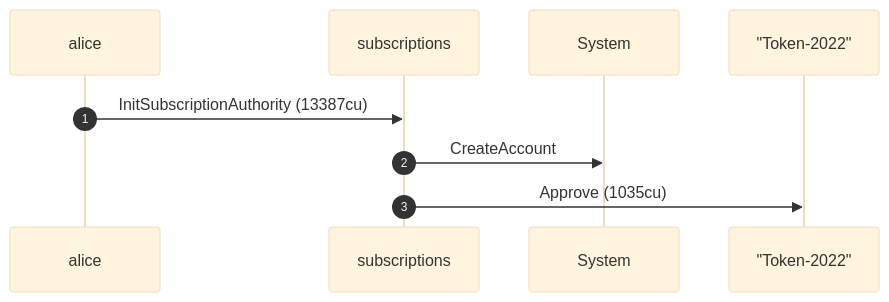
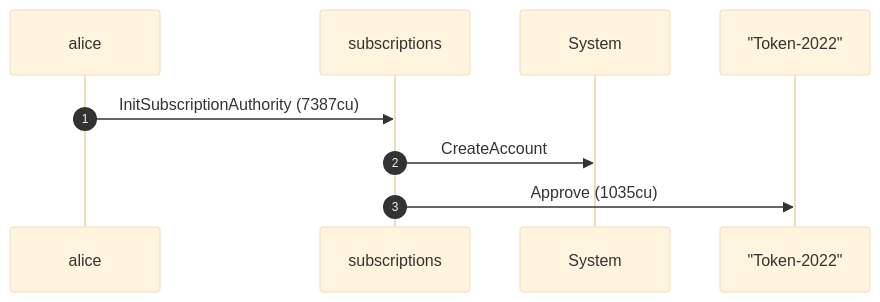
Before and after one commit to cds-rs/subscriptions: the first of 12 diagrams in dsl_tests/fixed-transfer-over-a-token-2022-confidential-transfer-mint.md, drawn with Mermaid (base theme). The commit also changed other lines of this file and 224 other files, not shown here.

````diff
--- a/dsl_tests/fixed-transfer-over-a-token-2022-confidential-transfer-mint.md
+++ b/dsl_tests/fixed-transfer-over-a-token-2022-confidential-transfer-mint.md
@@ -24,11 +25,11 @@
 ```mermaid
 sequenceDiagram
     autonumber
     participant alice
     participant subscriptions
     participant System
     participant Token_2022 as "Token-2022"
-    alice ->> subscriptions: InitSubscriptionAuthority (13387cu)
+    alice ->> subscriptions: InitSubscriptionAuthority (7387cu)
     subscriptions ->> System: CreateAccount
     subscriptions ->> Token_2022: Approve (1035cu)
 ```
````
